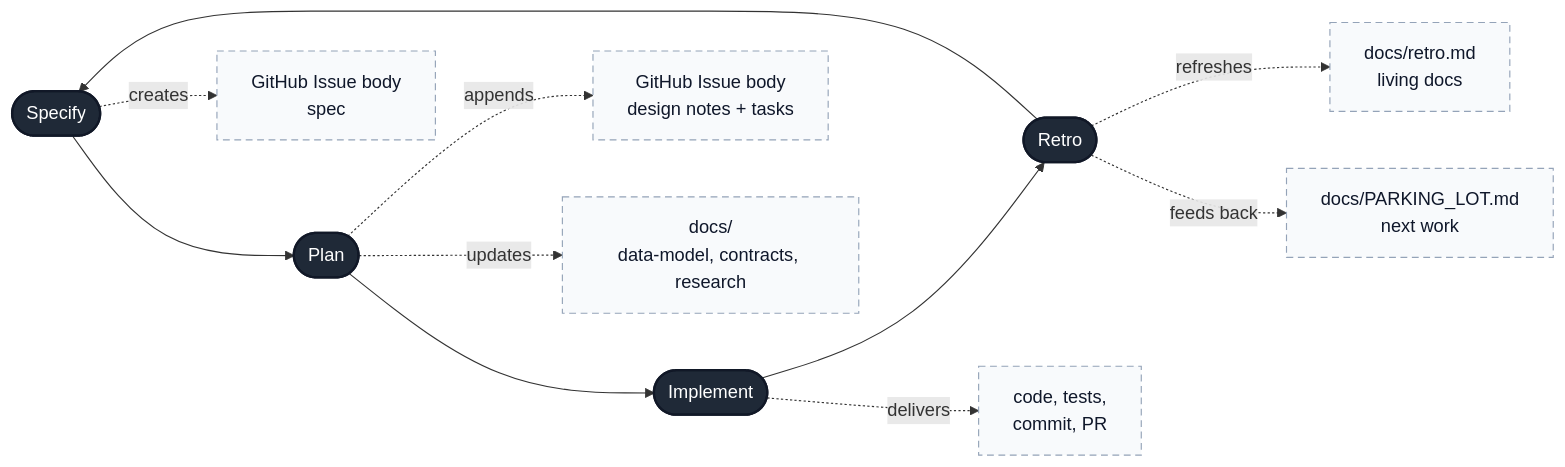
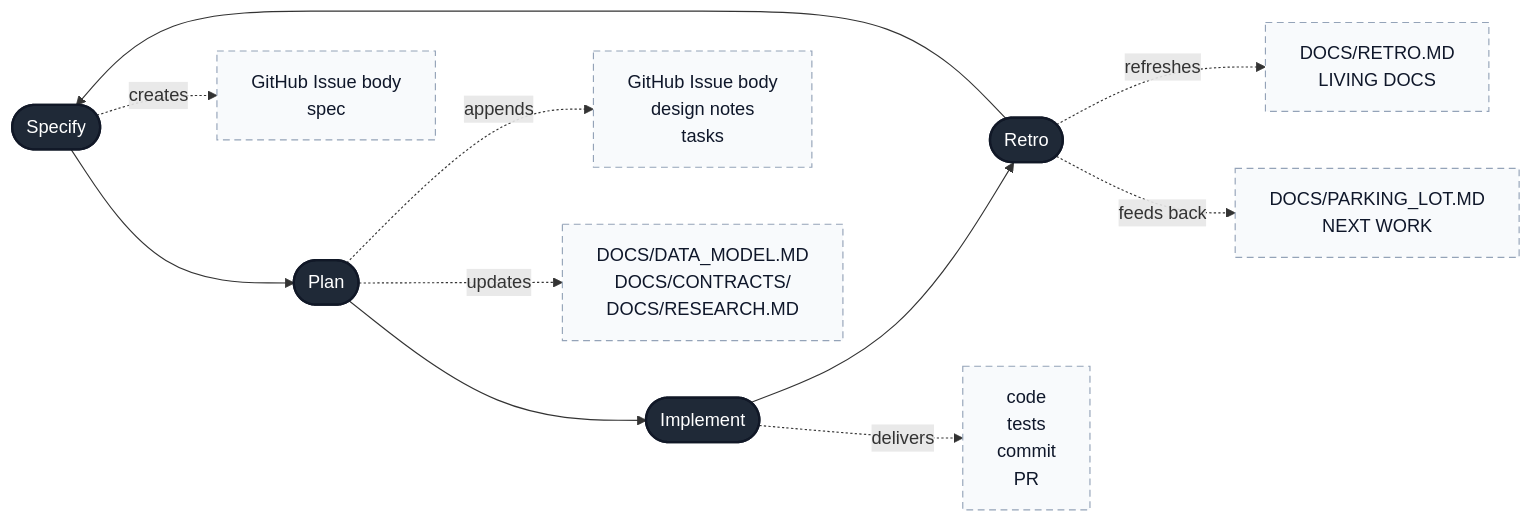
Before and after one commit to ranvirsingh/speckit: the diagram in README.md, drawn with Mermaid. The commit also changed other lines of this file, not shown here.

Commit message:
docs: clarify speckit workflow diagram

````diff
--- a/README.md
+++ b/README.md
@@ -68,20 +68,20 @@
 ```mermaid
 flowchart LR
   S([Specify]) --> P([Plan])
   P --> I([Implement])
   I --> R([Retro])
   R --> S
 
-  S -. creates .-> S1[GitHub Issue body\nspec]
-  P -. appends .-> P1[GitHub Issue body\ndesign notes + tasks]
-  P -. updates .-> P2[docs/\ndata-model, contracts, research]
-  I -. delivers .-> I1[code, tests,\ncommit, PR]
-  R -. refreshes .-> R1[docs/retro.md\nliving docs]
-  R -. feeds back .-> R2[docs/PARKING_LOT.md\nnext work]
+  S -. creates .-> S1[GitHub Issue body<br/>spec]
+  P -. appends .-> P1[GitHub Issue body<br/>design notes<br/>tasks]
+  P -. updates .-> P2[DOCS/DATA_MODEL.MD<br/>DOCS/CONTRACTS/<br/>DOCS/RESEARCH.MD]
+  I -. delivers .-> I1[code<br/>tests<br/>commit<br/>PR]
+  R -. refreshes .-> R1[DOCS/RETRO.MD<br/>LIVING DOCS]
+  R -. feeds back .-> R2[DOCS/PARKING_LOT.MD<br/>NEXT WORK]
 
   classDef phase fill:#1f2937,color:#ffffff,stroke:#111827,stroke-width:2px;
   classDef artifact fill:#f8fafc,color:#0f172a,stroke:#94a3b8,stroke-width:1px,stroke-dasharray: 6 4;
 
   class S,P,I,R phase;
   class S1,P1,P2,I1,R1,R2 artifact;
 ```
````
